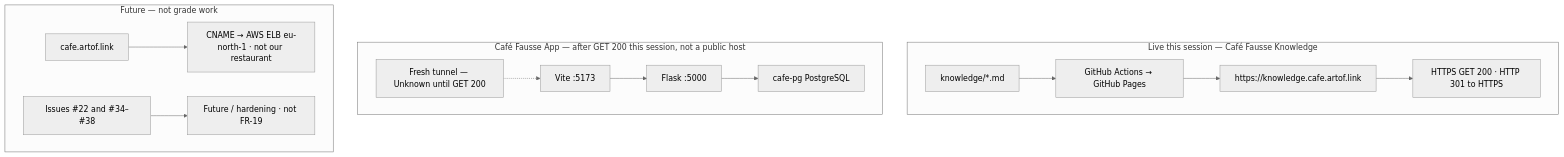
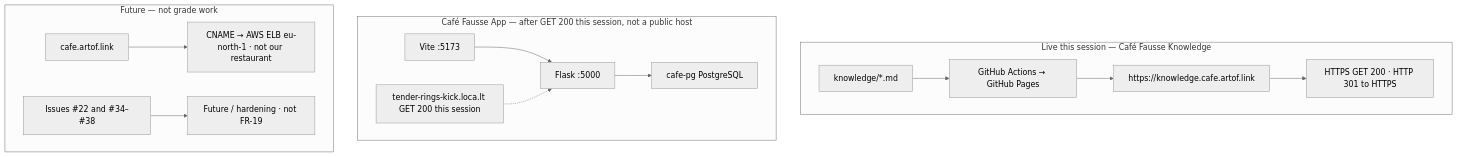
The diagram in knowledge/friday-plan.md (artofdream/aea-interactive-design), drawn with Mermaid (neutral theme) before and after one commit. The commit also changed other lines of this file and 4 other files, not shown here.

````diff
--- a/knowledge/friday-plan.md
+++ b/knowledge/friday-plan.md
@@ -69,17 +70,17 @@
 ```mermaid
 flowchart TB
   subgraph LIVE["Live this session — Café Fausse Knowledge"]
     MD["knowledge/*.md"] --> BUILD["GitHub Actions → GitHub Pages"]
     BUILD --> KH["https://knowledge.cafe.artof.link"]
     KH --> OK["HTTPS GET 200 · HTTP 301 to HTTPS"]
   end
   subgraph APP["Café Fausse App — after GET 200 this session, not a public host"]
     VITE["Vite :5173"] --> FLASK["Flask :5000"]
     FLASK --> PG["cafe-pg PostgreSQL"]
-    TUN["Fresh tunnel — Unknown until GET 200"] -.-> VITE
+    TUN["tender-rings-kick.loca.lt GET 200 this session"] -.-> FLASK
   end
   subgraph FUT["Future — not grade work"]
     CAFE["cafe.artof.link"] --> ELB["CNAME → AWS ELB eu-north-1 · not our restaurant"]
     FS["Issues #22 and #34–#38"] --> PARK["Future / hardening · not FR-19"]
   end
 ```
````
